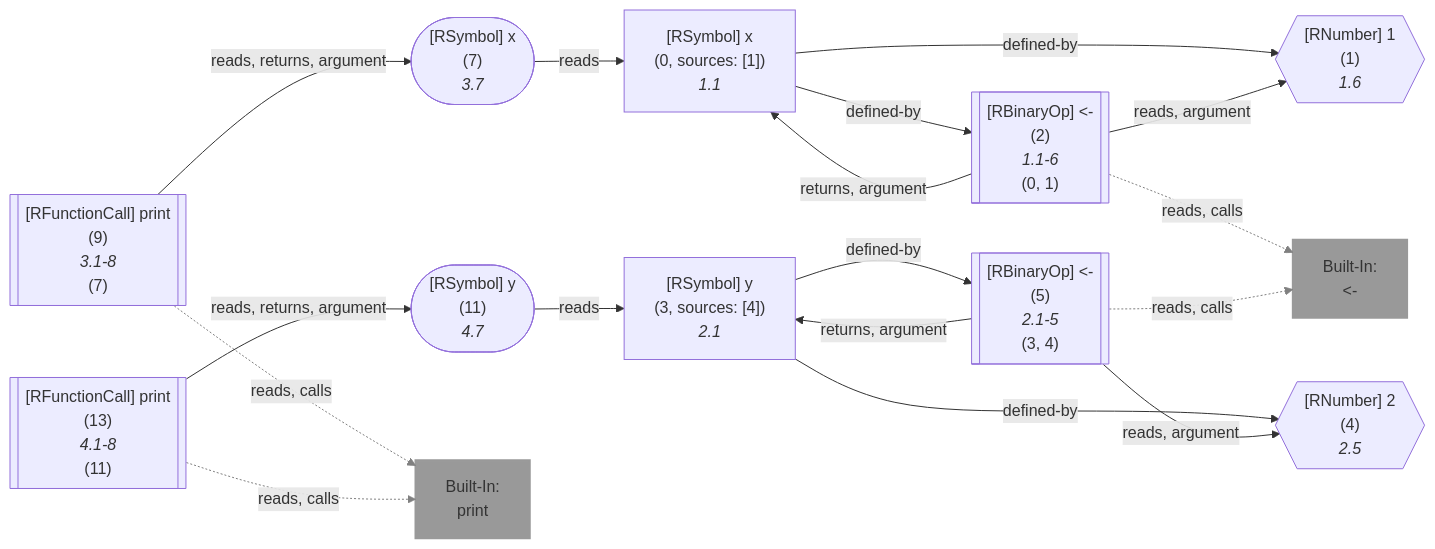
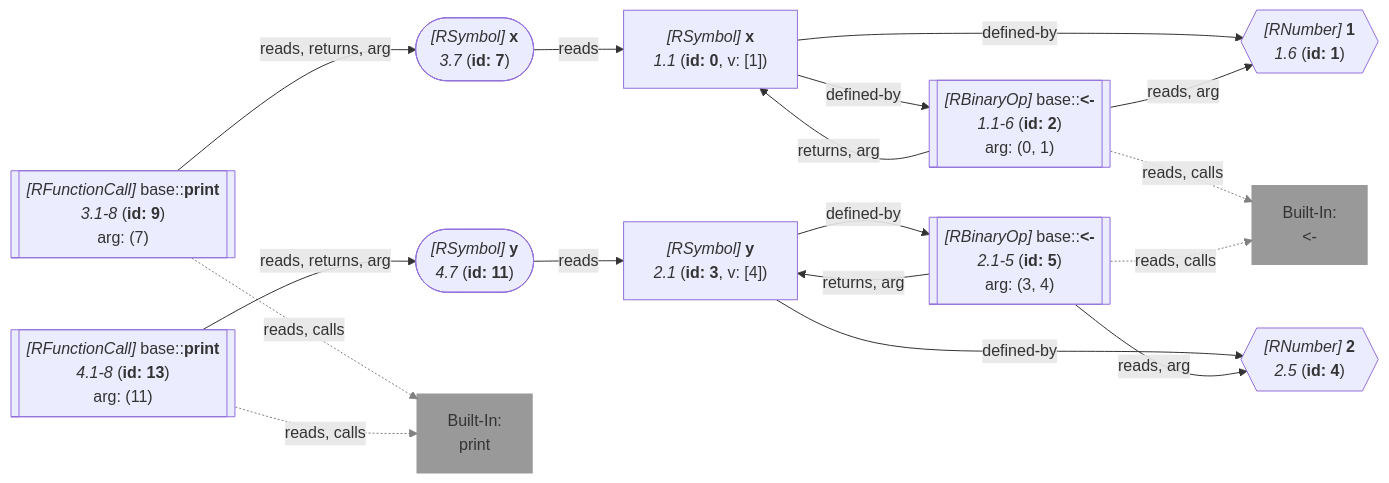
Before and after one commit to flowr-analysis/flowr: diagram 20 of 21 in wiki/Query API.md, drawn with Mermaid. The commit also changed other lines of this file and 228 other files, not shown here.

````diff
--- a/wiki/Query API.md
+++ b/wiki/Query API.md
@@ -6816,65 +6648,55 @@
 ```mermaid
 flowchart LR
-    1{{"`#91;RNumber#93; 1
-      (1)
-      *1.6*`"}}
+    1{{"`*#91;RNumber#93;* **1**
+      *1.6* (**id: 1**)`"}}
    %% No edges found for 1
-    0["`#91;RSymbol#93; x
-      (0, sources: [1])
-      *1.1*`"]
-    2[["`#91;RBinaryOp#93; #60;#45;
-      (2)
-      *1.1-6*
-    (0, 1)`"]]
+    0["`*#91;RSymbol#93;* **x**
+      *1.1* (**id: 0**, v: [1])`"]
+    2[["`*#91;RBinaryOp#93;* base#58;#58;**#60;#45;**
+      *1.1-6* (**id: 2**)
+    arg: (0, 1)`"]]
     built-in:_-["`Built-In:
 #60;#45;`"]
     style built-in:_- stroke:gray,fill:gray,stroke-width:2px,opacity:.8;
-    4{{"`#91;RNumber#93; 2
-      (4)
-      *2.5*`"}}
+    4{{"`*#91;RNumber#93;* **2**
+      *2.5* (**id: 4**)`"}}
    %% No edges found for 4
-    3["`#91;RSymbol#93; y
-      (3, sources: [4])
-      *2.1*`"]
-    5[["`#91;RBinaryOp#93; #60;#45;
-      (5)
-      *2.1-5*
-    (3, 4)`"]]
-    7(["`#91;RSymbol#93; x
-      (7)
-      *3.7*`"])
-    9[["`#91;RFunctionCall#93; print
-      (9)
-      *3.1-8*
-    (7)`"]]
+    3["`*#91;RSymbol#93;* **y**
+      *2.1* (**id: 3**, v: [4])`"]
+    5[["`*#91;RBinaryOp#93;* base#58;#58;**#60;#45;**
+      *2.1-5* (**id: 5**)
+    arg: (3, 4)`"]]
+    7(["`*#91;RSymbol#93;* **x**
+      *3.7* (**id: 7**)`"])
+    9[["`*#91;RFunctionCall#93;* base#58;#58;**print**
+      *3.1-8* (**id: 9**)
+    arg: (7)`"]]
     built-in:print["`Built-In:
 print`"]
     style built-in:print stroke:gray,fill:gray,stroke-width:2px,opacity:.8;
-    11(["`#91;RSymbol#93; y
-      (11)
-      *4.7*`"])
-    13[["`#91;RFunctionCall#93; print
-      (13)
-      *4.1-8*
-    (11)`"]]
+    11(["`*#91;RSymbol#93;* **y**
+      *4.7* (**id: 11**)`"])
+    13[["`*#91;RFunctionCall#93;* base#58;#58;**print**
+      *4.1-8* (**id: 13**)
+    arg: (11)`"]]
     0 -->|"defined-by"| 1
     0 -->|"defined-by"| 2
-    2 -->|"reads, argument"| 1
-    2 -->|"returns, argument"| 0
+    2 -->|"reads, arg"| 1
+    2 -->|"returns, arg"| 0
     2 -.->|"reads, calls"| built-in:_-
     linkStyle 4 stroke:gray;
     3 -->|"defined-by"| 4
     3 -->|"defined-by"| 5
-    5 -->|"reads, argument"| 4
-    5 -->|"returns, argument"| 3
+    5 -->|"reads, arg"| 4
+    5 -->|"returns, arg"| 3
     5 -.->|"reads, calls"| built-in:_-
     linkStyle 9 stroke:gray;
     7 -->|"reads"| 0
-    9 -->|"reads, returns, argument"| 7
+    9 -->|"reads, returns, arg"| 7
     9 -.->|"reads, calls"| built-in:print
     linkStyle 12 stroke:gray;
     11 -->|"reads"| 3
-    13 -->|"reads, returns, argument"| 11
+    13 -->|"reads, returns, arg"| 11
     13 -.->|"reads, calls"| built-in:print
     linkStyle 15 stroke:gray;
 ```
````
